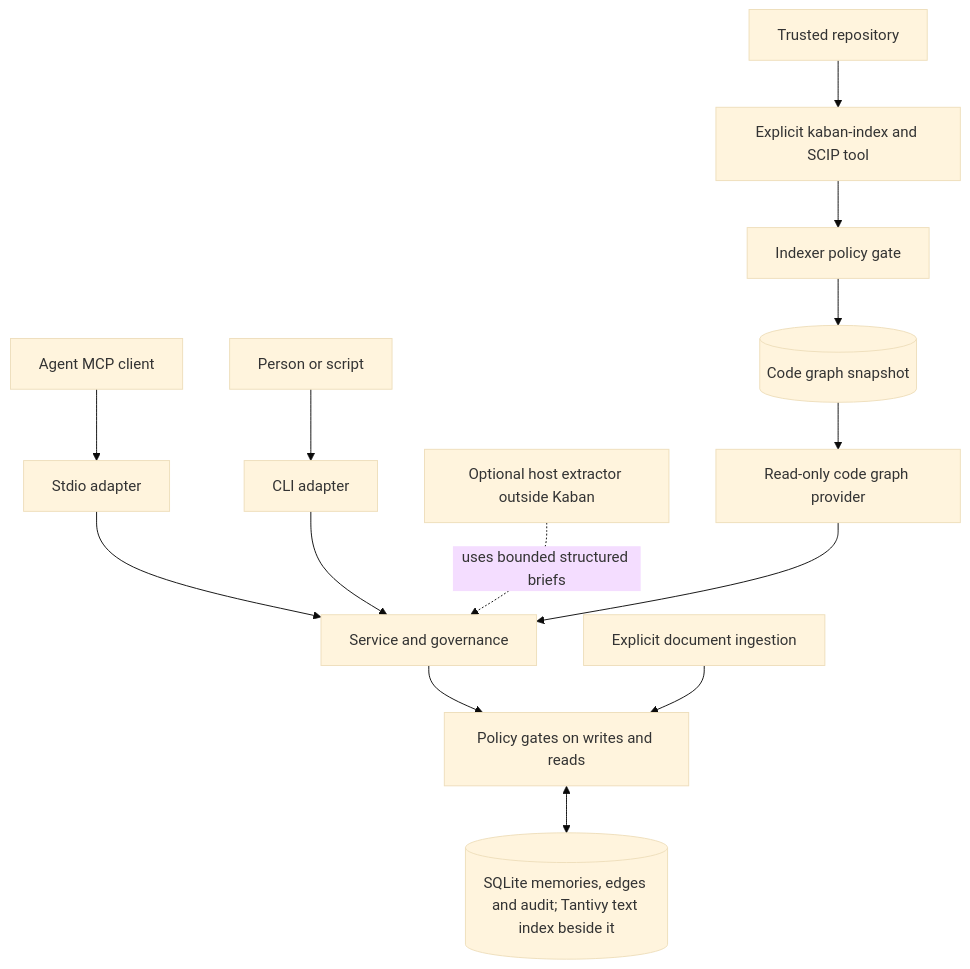
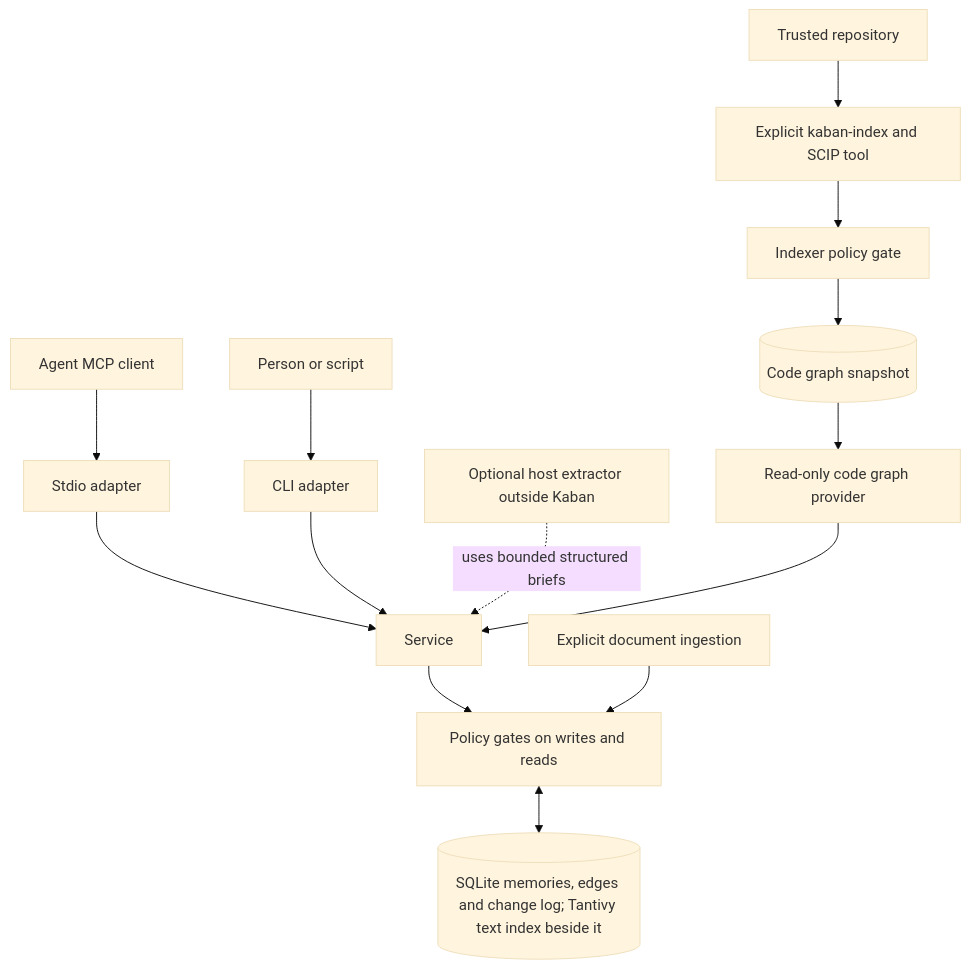
Before and after one commit to darkquasar/kaban: the diagram in docs/concepts/architecture.mdx, drawn with Mermaid (base theme). The commit also changed other lines of this file and 8 other files, not shown here.

````diff
--- a/docs/concepts/architecture.mdx
+++ b/docs/concepts/architecture.mdx
@@ -10,16 +10,16 @@
 ```mermaid
 flowchart TD
   Agent[Agent MCP client] --> MCP[Stdio adapter]
   Person[Person or script] --> CLI[CLI adapter]
-  MCP --> Service[Service and governance]
+  MCP --> Service[Service]
   CLI --> Service
   Service --> Gate[Policy gates on writes and reads]
-  Gate <--> DB[(SQLite memories, edges and audit; Tantivy text index beside it)]
+  Gate <--> DB[(SQLite memories, edges and change log; Tantivy text index beside it)]
   Docs[Explicit document ingestion] --> Gate
   Host[Optional host extractor outside Kaban] -. uses bounded structured briefs .-> Service
   Repo[Trusted repository] --> Index[Explicit kaban-index and SCIP tool]
   Index --> IndexGate[Indexer policy gate]
   IndexGate --> Snapshot[(Code graph snapshot)]
   Snapshot --> Reader[Read-only code graph provider]
   Reader --> Service
 ```
````
